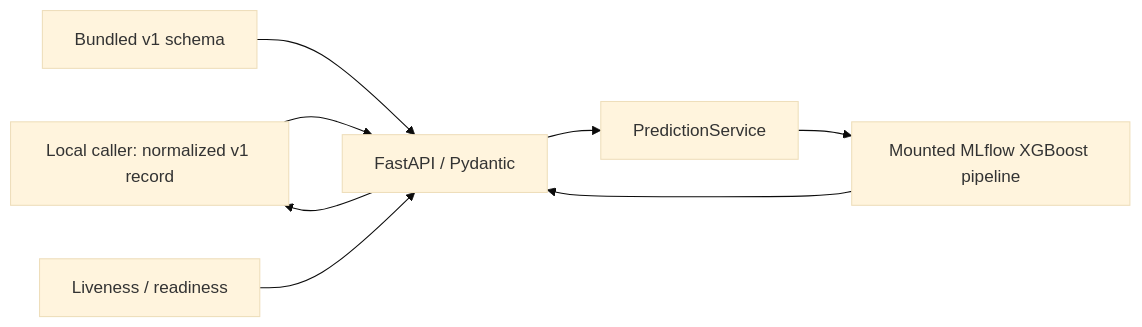
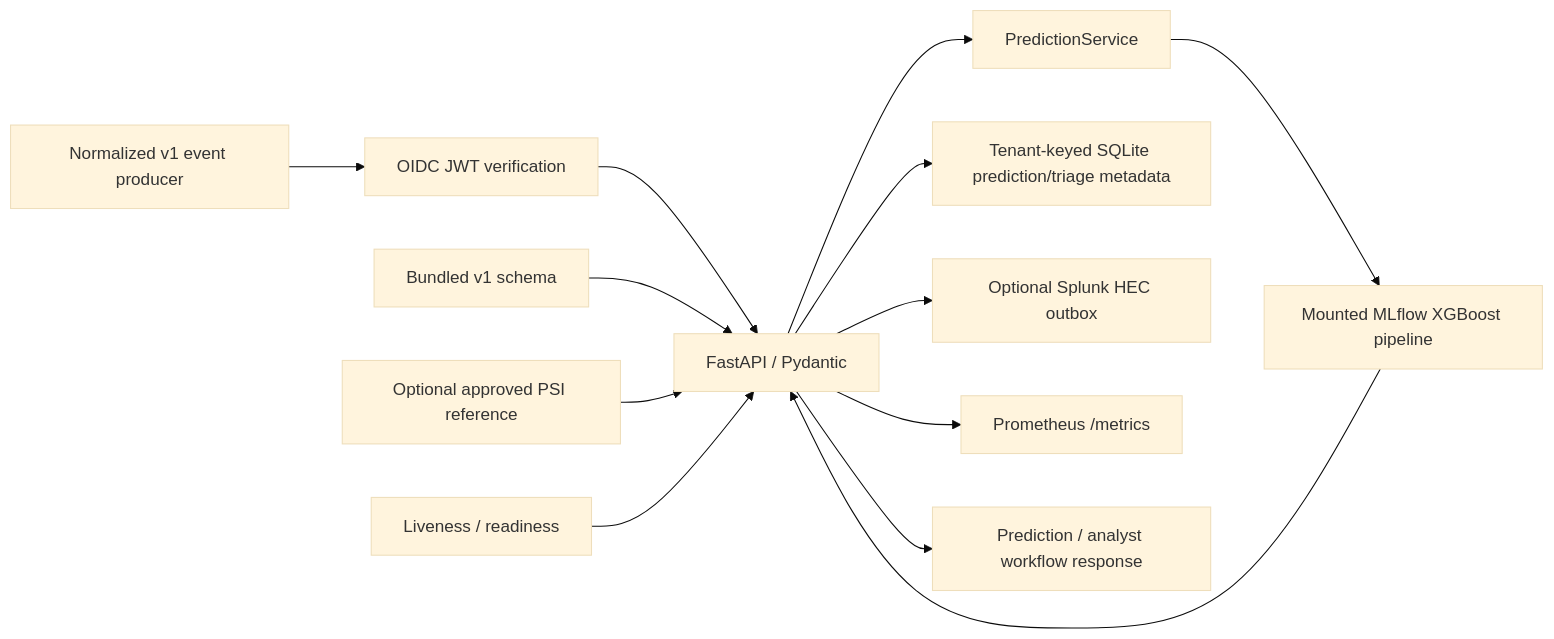
Before and after one commit to SumalyaPatnala/streaming-network-threat-detection-mlops: the first of 2 diagrams in docs/architecture.md, drawn with Mermaid (base theme). The commit also changed other lines of this file and 82 other files, not shown here.

````diff
--- a/docs/architecture.md
+++ b/docs/architecture.md
@@ -18,10 +24,15 @@
 ```mermaid
 flowchart LR
-  Client["Local caller: normalized v1 record"] --> API["FastAPI / Pydantic"]
+  Producer["Normalized v1 event producer"] --> OIDC["OIDC JWT verification"]
+  OIDC --> API["FastAPI / Pydantic"]
   API --> Service["PredictionService"]
   Service --> Model["Mounted MLflow XGBoost pipeline"]
   Model --> API
-  API --> Client
+  API --> Store["Tenant-keyed SQLite prediction/triage metadata"]
+  API --> HEC["Optional Splunk HEC outbox"]
+  API --> Metrics["Prometheus /metrics"]
+  API --> Client["Prediction / analyst workflow response"]
   Schema["Bundled v1 schema"] --> API
+  Drift["Optional approved PSI reference"] --> API
   Health["Liveness / readiness"] --> API
 ```
````
